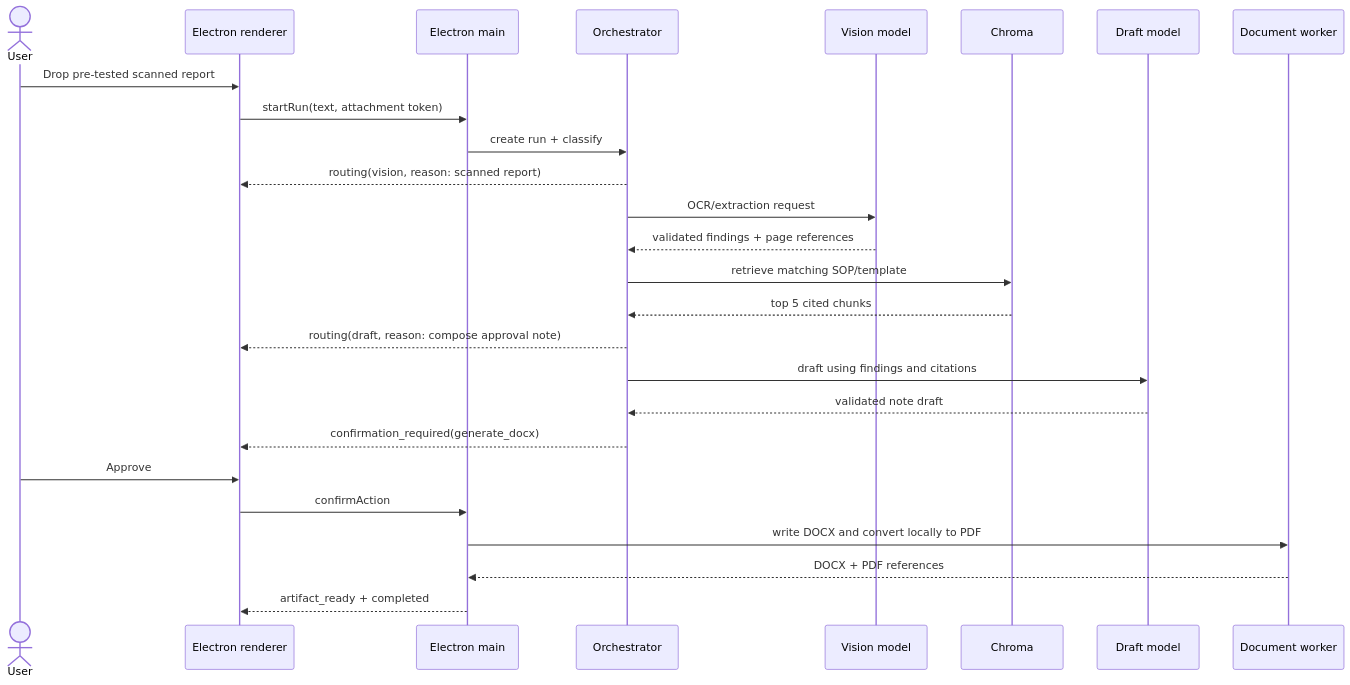
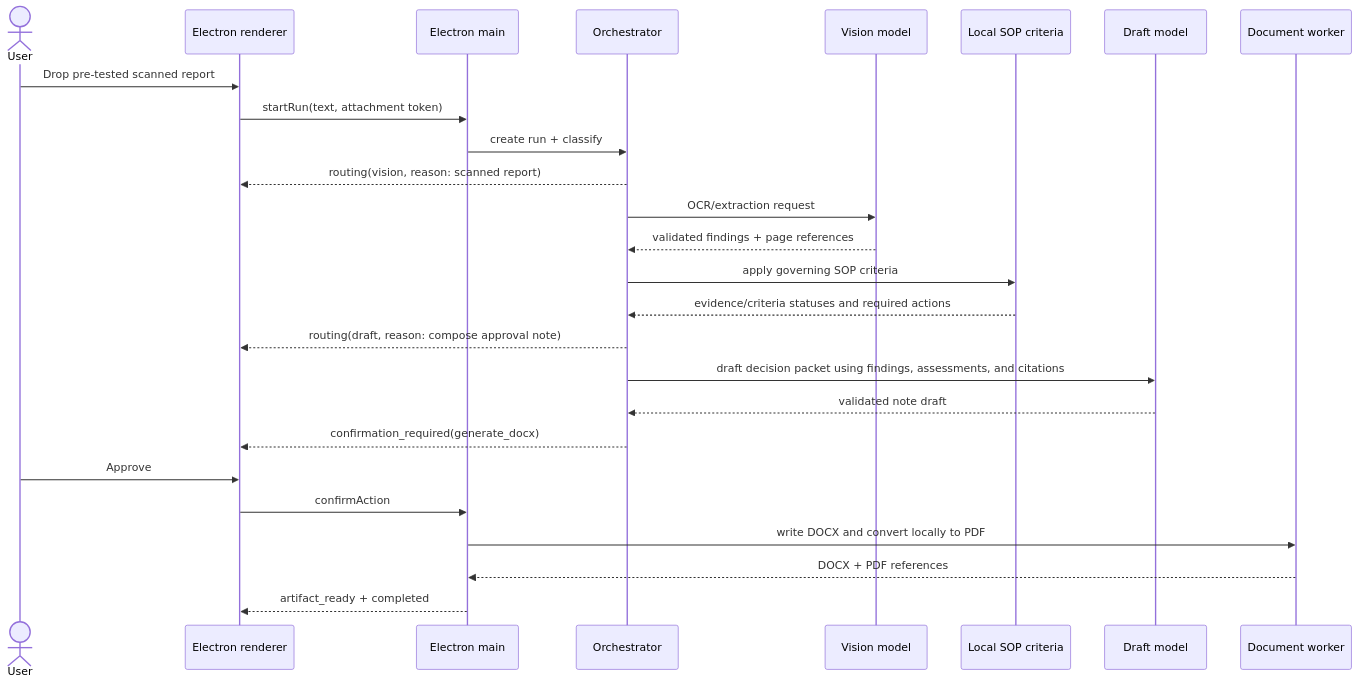
Before and after one commit to BITverse-24/local-workbench: the first of 2 diagrams in docs/architecture/flows-and-data.md, drawn with Mermaid. The commit also changed other lines of this file and 39 other files, not shown here.

Commit message:
fix: Remove current flow A

````diff
--- a/docs/architecture/flows-and-data.md
+++ b/docs/architecture/flows-and-data.md
@@ -18,29 +18,29 @@
 ```mermaid
 sequenceDiagram
     actor User
     participant UI as Electron renderer
     participant Main as Electron main
     participant O as Orchestrator
     participant V as Vision model
-    participant K as Chroma
+    participant K as Local SOP criteria
     participant D as Draft model
     participant W as Document worker
 
     User->>UI: Drop pre-tested scanned report
     UI->>Main: startRun(text, attachment token)
     Main->>O: create run + classify
     O-->>UI: routing(vision, reason: scanned report)
     O->>V: OCR/extraction request
     V-->>O: validated findings + page references
-    O->>K: retrieve matching SOP/template
-    K-->>O: top 5 cited chunks
+    O->>K: apply governing SOP criteria
+    K-->>O: evidence/criteria statuses and required actions
     O-->>UI: routing(draft, reason: compose approval note)
-    O->>D: draft using findings and citations
+    O->>D: draft decision packet using findings, assessments, and citations
     D-->>O: validated note draft
     O-->>UI: confirmation_required(generate_docx)
     User->>UI: Approve
     UI->>Main: confirmAction
     Main->>W: write DOCX and convert locally to PDF
     W-->>Main: DOCX + PDF references
     Main-->>UI: artifact_ready + completed
 ```
````
